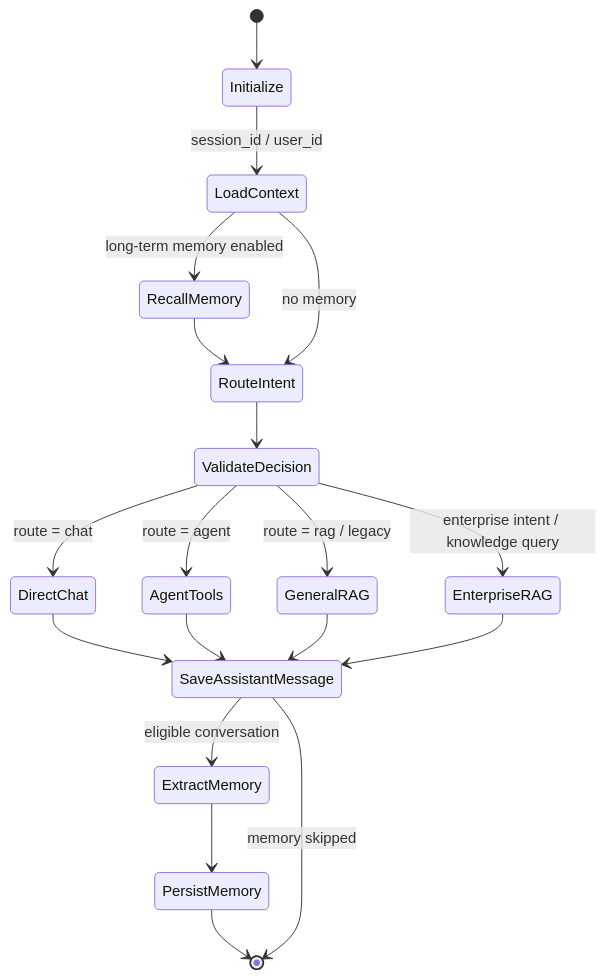
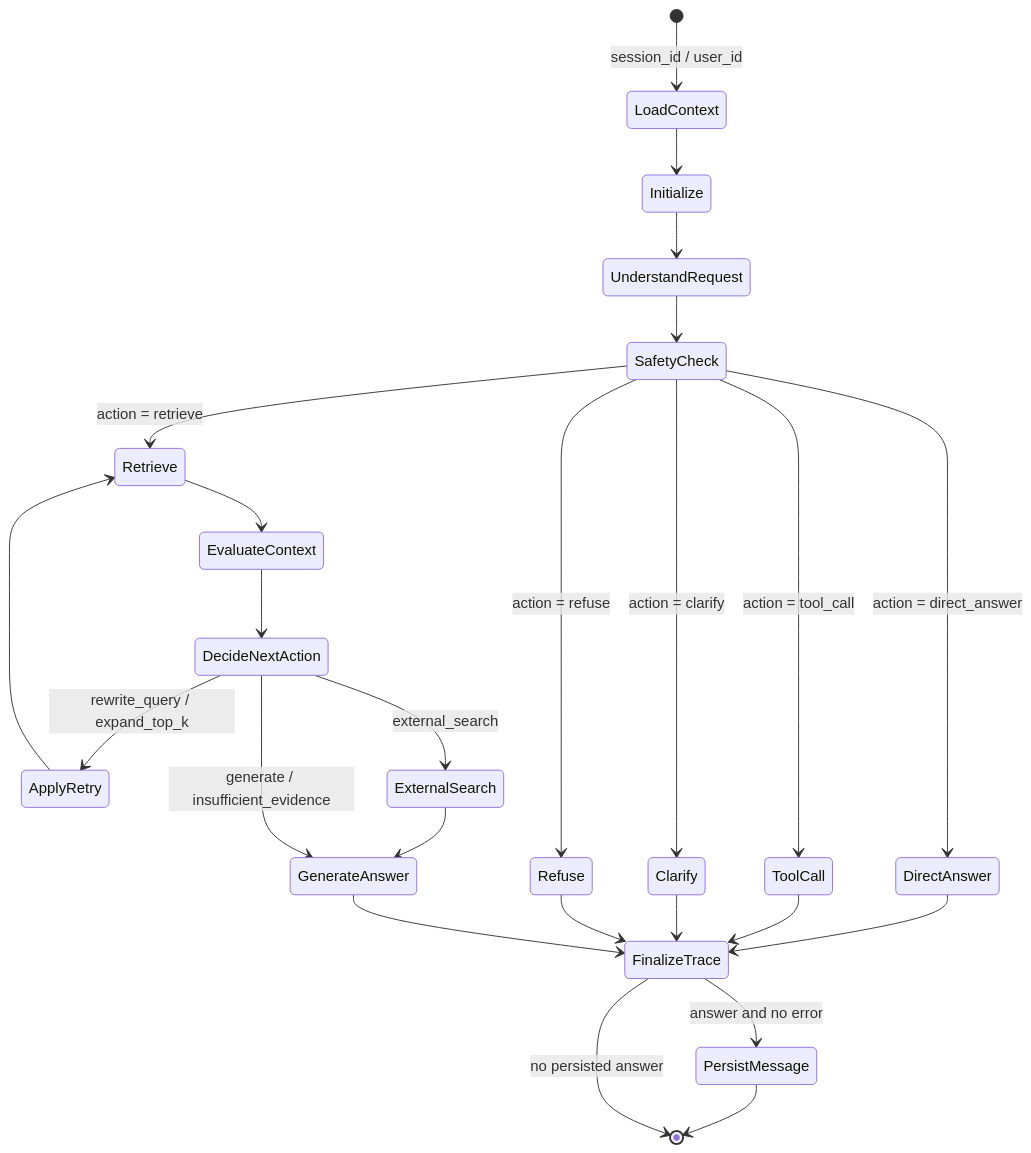
Before and after one commit to Aria-doufan/NexusKB-: the sixth of 15 diagrams in docs/project_guide/NEXUSKB_PROJECT_FLOWCHARTS.md, drawn with Mermaid. The commit also changed other lines of this file and 13 other files, not shown here.

````diff
--- a/docs/project_guide/NEXUSKB_PROJECT_FLOWCHARTS.md
+++ b/docs/project_guide/NEXUSKB_PROJECT_FLOWCHARTS.md
@@ -184,24 +188,31 @@
 ```mermaid
 stateDiagram-v2
-    [*] --> Initialize
-    Initialize --> LoadContext: session_id / user_id
-    LoadContext --> RecallMemory: long-term memory enabled
-    RecallMemory --> RouteIntent
-    LoadContext --> RouteIntent: no memory
+    [*] --> LoadContext: session_id / user_id
+    LoadContext --> Initialize
+    Initialize --> UnderstandRequest
+    UnderstandRequest --> SafetyCheck
 
-    RouteIntent --> ValidateDecision
-    ValidateDecision --> DirectChat: route = chat
-    ValidateDecision --> AgentTools: route = agent
-    ValidateDecision --> GeneralRAG: route = rag / legacy
-    ValidateDecision --> EnterpriseRAG: enterprise intent / knowledge query
+    SafetyCheck --> DirectAnswer: action = direct_answer
+    SafetyCheck --> ToolCall: action = tool_call
+    SafetyCheck --> Clarify: action = clarify
+    SafetyCheck --> Refuse: action = refuse
+    SafetyCheck --> Retrieve: action = retrieve
 
-    DirectChat --> SaveAssistantMessage
-    AgentTools --> SaveAssistantMessage
-    GeneralRAG --> SaveAssistantMessage
-    EnterpriseRAG --> SaveAssistantMessage
+    Retrieve --> EvaluateContext
+    EvaluateContext --> DecideNextAction
+    DecideNextAction --> ApplyRetry: rewrite_query / expand_top_k
+    ApplyRetry --> Retrieve
+    DecideNextAction --> ExternalSearch: external_search
+    ExternalSearch --> GenerateAnswer
+    DecideNextAction --> GenerateAnswer: generate / insufficient_evidence
 
-    SaveAssistantMessage --> ExtractMemory: eligible conversation
-    ExtractMemory --> PersistMemory
-    PersistMemory --> [*]
-    SaveAssistantMessage --> [*]: memory skipped
+    DirectAnswer --> FinalizeTrace
+    ToolCall --> FinalizeTrace
+    Clarify --> FinalizeTrace
+    Refuse --> FinalizeTrace
+    GenerateAnswer --> FinalizeTrace
+
+    FinalizeTrace --> PersistMessage: answer and no error
+    PersistMessage --> [*]
+    FinalizeTrace --> [*]: no persisted answer
 ```
````
